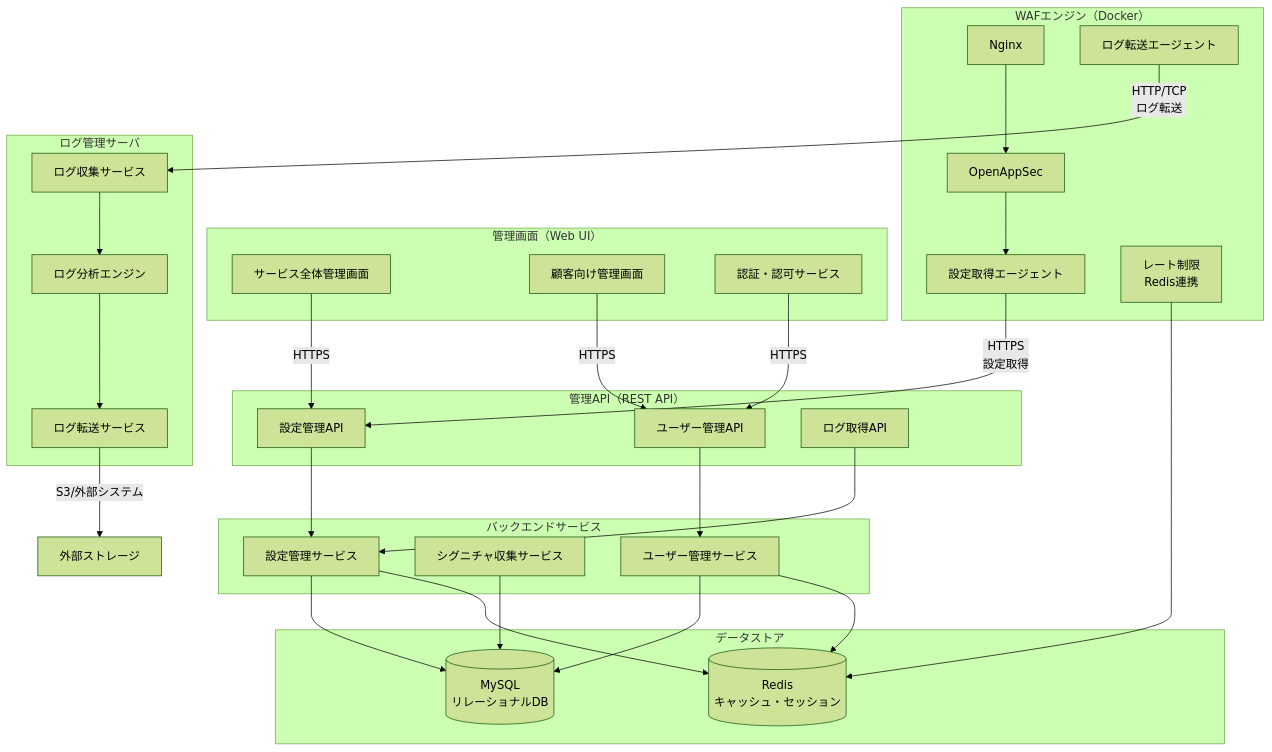
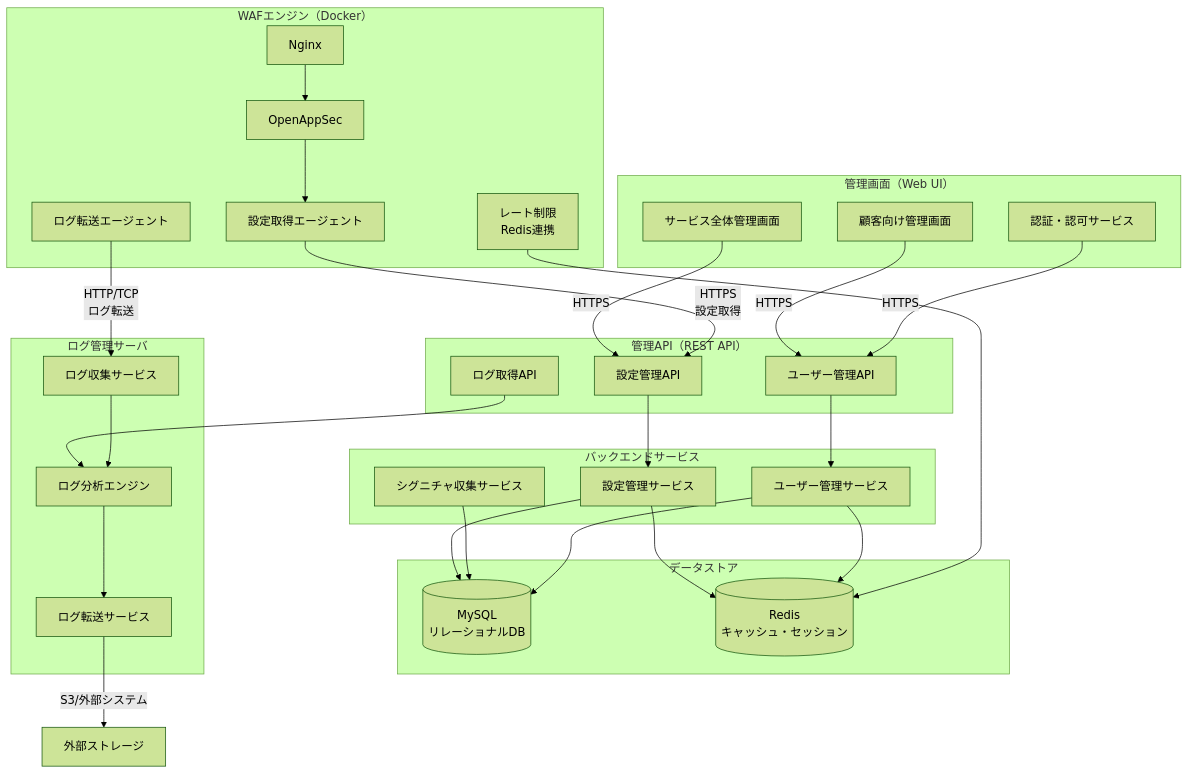
The first of 5 diagrams in DESIGN.md (kencom2400/MrWebDefence-Design), drawn with Mermaid (forest theme) before and after one commit. The commit also changed other lines of this file and 1 other file, not shown here.

````diff
--- a/DESIGN.md
+++ b/DESIGN.md
@@ -390,63 +390,63 @@
 ```mermaid
 graph TB
     subgraph "管理画面（Web UI）"
         AdminUI[サービス全体管理画面]
         CustomerUI[顧客向け管理画面]
         AuthUI[認証・認可サービス]
     end
 
     subgraph "管理API（REST API）"
         ConfigAPI[設定管理API]
         UserAPI[ユーザー管理API]
         LogAPI[ログ取得API]
     end
 
     subgraph "バックエンドサービス"
         ConfigService[設定管理サービス]
         SignatureService[シグニチャ収集サービス]
         UserService[ユーザー管理サービス]
     end
 
     subgraph "データストア"
         MySQL[(MySQL<br/>リレーショナルDB)]
         Redis[(Redis<br/>キャッシュ・セッション)]
     end
 
     subgraph "WAFエンジン（Docker）"
         Nginx[Nginx]
         OpenAppSec[OpenAppSec]
         ConfigAgent[設定取得エージェント]
         LogAgent[ログ転送エージェント]
         RateLimit[レート制限<br/>Redis連携]
     end
 
     subgraph "ログ管理サーバ"
         LogCollector[ログ収集サービス]
         LogAnalyzer[ログ分析エンジン]
         LogForwarder[ログ転送サービス]
     end
 
     AdminUI -->|HTTPS| ConfigAPI
     CustomerUI -->|HTTPS| UserAPI
     AuthUI -->|HTTPS| UserAPI
 
     ConfigAPI --> ConfigService
     UserAPI --> UserService
-    LogAPI --> ConfigService
+    LogAPI --> LogAnalyzer
 
     ConfigService --> MySQL
     ConfigService --> Redis
     SignatureService --> MySQL
     UserService --> MySQL
     UserService --> Redis
 
     ConfigAgent -->|HTTPS<br/>設定取得| ConfigAPI
     Nginx --> OpenAppSec
     OpenAppSec --> ConfigAgent
     LogAgent -->|HTTP/TCP<br/>ログ転送| LogCollector
     RateLimit --> Redis
 
     LogCollector --> LogAnalyzer
     LogAnalyzer --> LogForwarder
     LogForwarder -->|S3/外部システム| ExternalStorage[外部ストレージ]
 ```
````
